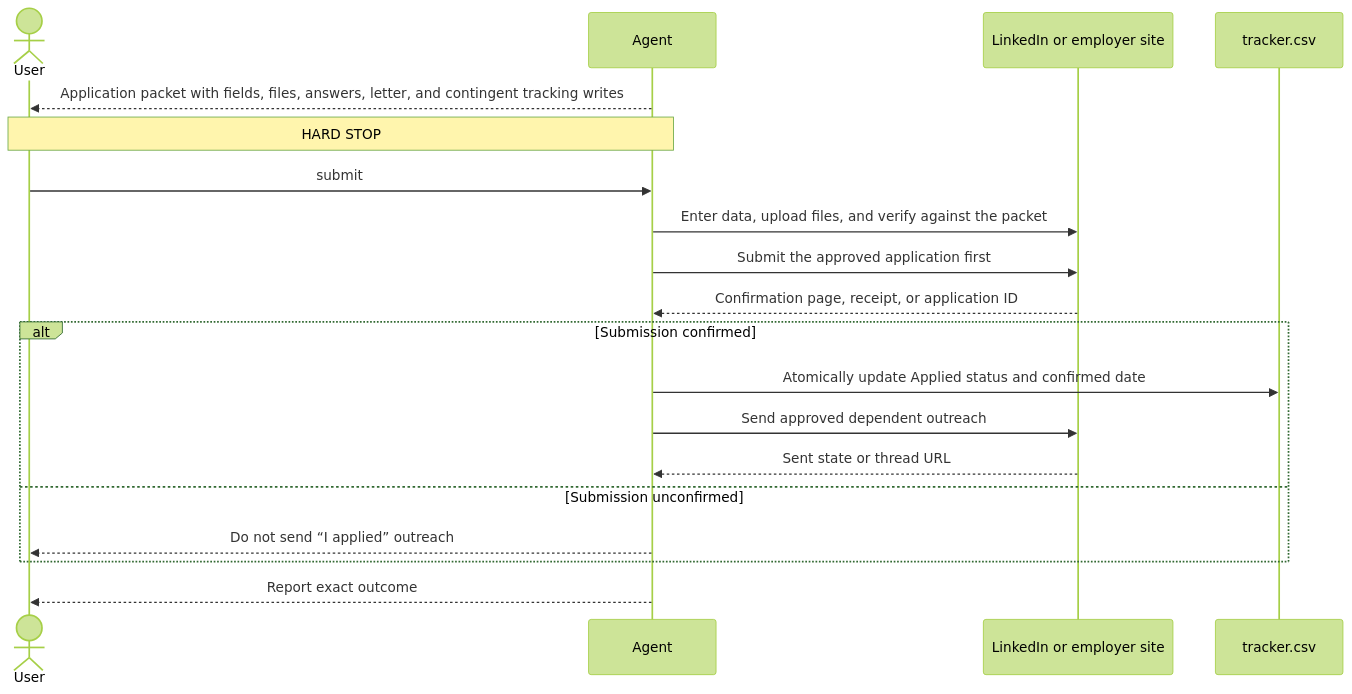
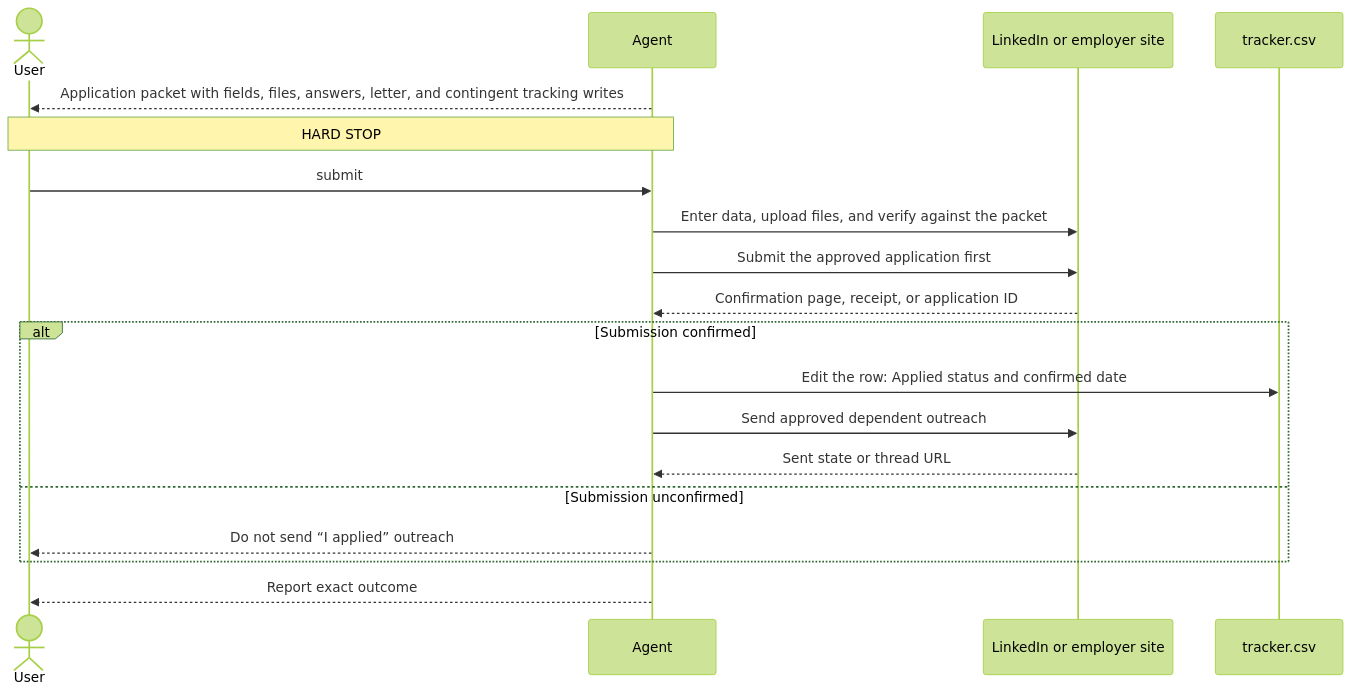
The second of 2 diagrams in linkedin-job-pilot/references/application-gates.md (fsw0422/skills), drawn with Mermaid (forest theme) before and after one commit. The commit also changed other lines of this file and 7 other files, not shown here.

````diff
--- a/linkedin-job-pilot/references/application-gates.md
+++ b/linkedin-job-pilot/references/application-gates.md
@@ -181,21 +182,21 @@
 ```mermaid
 sequenceDiagram
     actor U as User
     participant A as Agent
     participant S as LinkedIn or employer site
     participant C as tracker.csv
     A-->>U: Application packet with fields, files, answers, letter, and contingent tracking writes
     Note over A,U: HARD STOP
     U->>A: submit
     A->>S: Enter data, upload files, and verify against the packet
     A->>S: Submit the approved application first
     S-->>A: Confirmation page, receipt, or application ID
     alt Submission confirmed
-        A->>C: Atomically update Applied status and confirmed date
+        A->>C: Edit the row: Applied status and confirmed date
         A->>S: Send approved dependent outreach
         S-->>A: Sent state or thread URL
     else Submission unconfirmed
         A-->>U: Do not send “I applied” outreach
     end
     A-->>U: Report exact outcome
 ```
````
